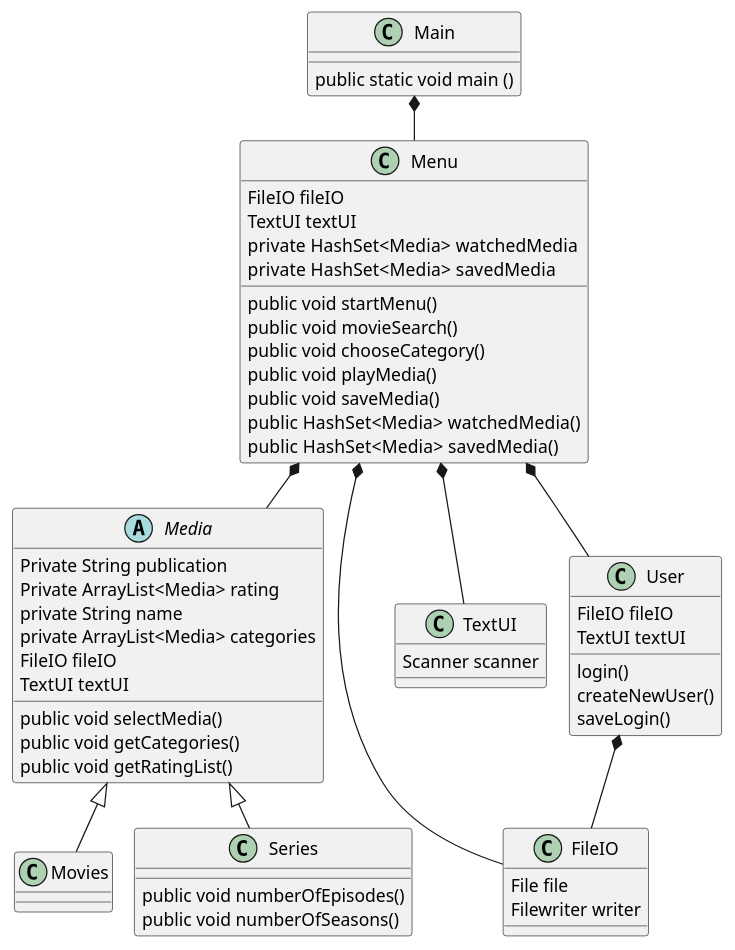
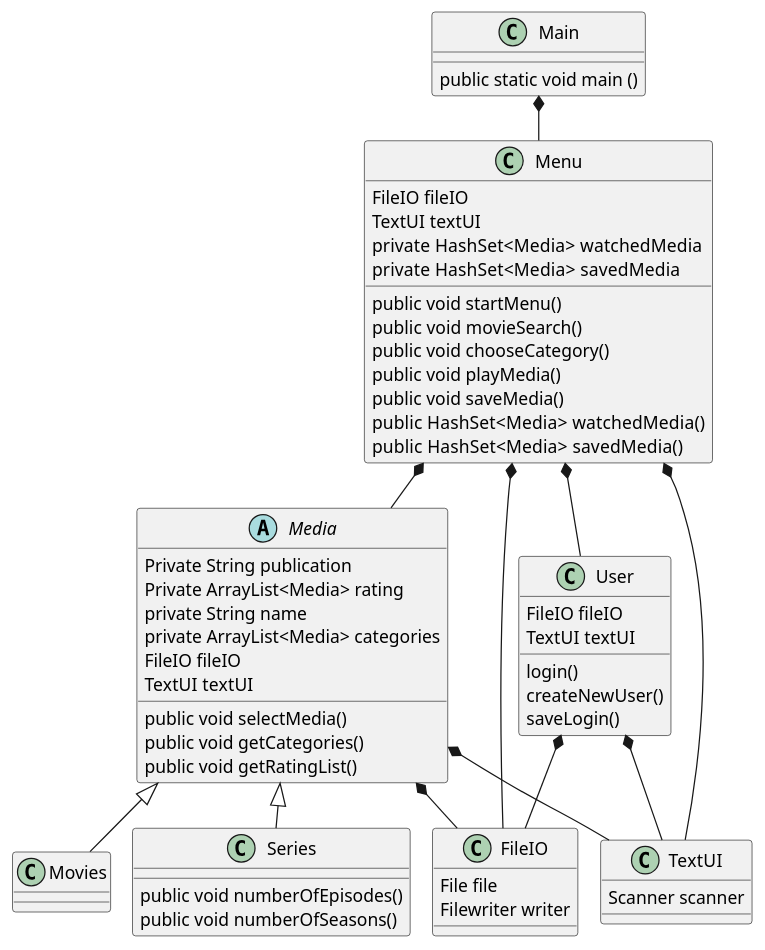
Before and after one commit to MichellaBech/SP3: the diagram in .idea/Class.puml, drawn with PlantUML.

```diff
--- a/.idea/Class.puml
+++ b/.idea/Class.puml
@@ -1,82 +1,85 @@
 @startuml
 'https://plantuml.com/class-diagram
 !pragma layout smetana
 
 class FileIO
 class Movies
 class Series
 Abstract Class Media
 class TextUI
 class User
 class Menu
 class Main
 
 Media <|-- Movies
 Media <|-- Series
 
 Main *-- Menu
 Menu *-- User
 Menu *-- Media
 Menu *-- FileIO
 Menu *-- TextUI
 User *-- FileIO
+User *-- TextUI
+Media *-- FileIO
+Media *-- TextUI
 
 class TextUI
 {
 Scanner scanner
 }
 
 class FileIO {
 File file
 Filewriter writer
 }
 
 class Main {
 public static void main ()
 }
 
 Abstract Class Media {
 Private String publication
 Private ArrayList<Media> rating
 private String name
 private ArrayList<Media> categories
 FileIO fileIO
 TextUI textUI
 public void selectMedia()
 public void getCategories()
 public void getRatingList()
 }
 
 class Movies{
 
 }
 
 class Series {
 public void numberOfEpisodes()
 public void numberOfSeasons()
 }
 
 class User{
 FileIO fileIO
 TextUI textUI
 login()
 createNewUser()
 saveLogin()
 }
 
 class Menu {
 FileIO fileIO
 TextUI textUI
 private  HashSet<Media> watchedMedia
 private  HashSet<Media> savedMedia
 public void startMenu()
 public void movieSearch()
 public void chooseCategory()
 public void playMedia()
 public void saveMedia()
 public  HashSet<Media> watchedMedia()
 public  HashSet<Media> savedMedia()
 }
 
 
 @enduml
```
